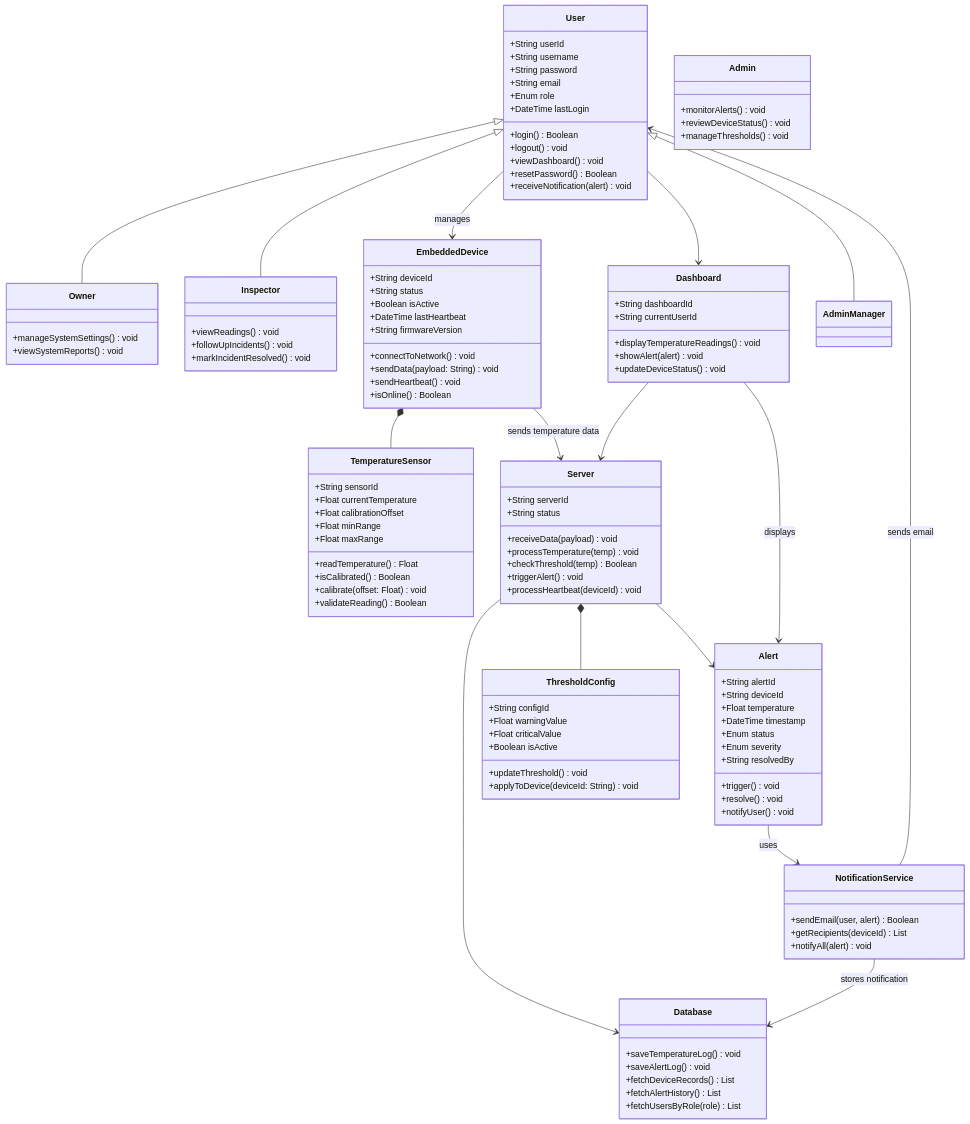
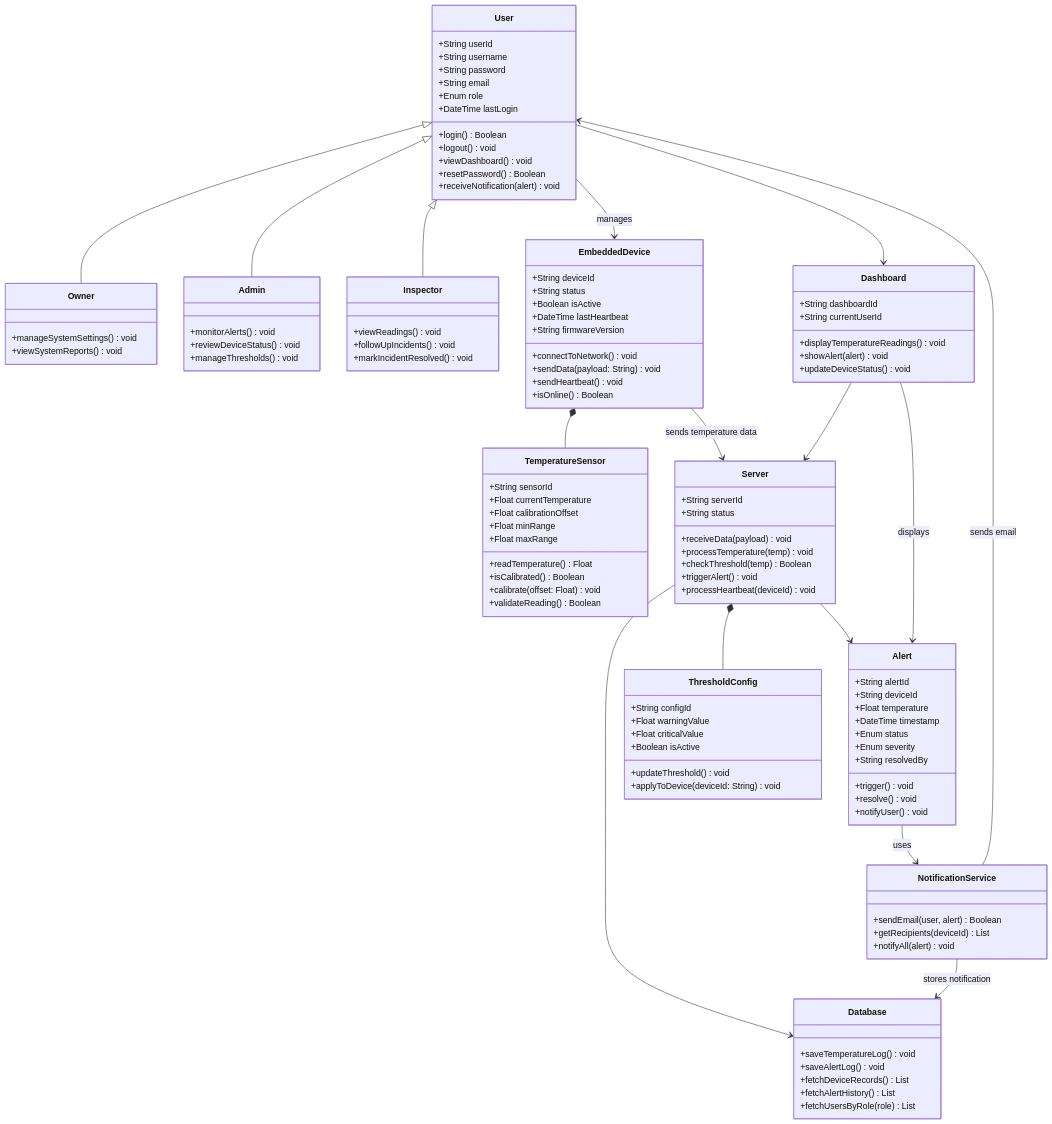
The second of 7 diagrams in Stage 3/Technical Documentation.md (rabea14180-max/Portfolio-Project), drawn with Mermaid before and after one commit.

Commit message:
Update AdminManager to Admin in documentation

```diff
--- a/Stage 3/Technical Documentation.md
+++ b/Stage 3/Technical Documentation.md
@@ -639,7 +639,7 @@
     }
 
     User <|-- Owner
-    User <|-- AdminManager
+    User <|-- Admin
     User <|-- Inspector
 
     User --> EmbeddedDevice : manages
```
